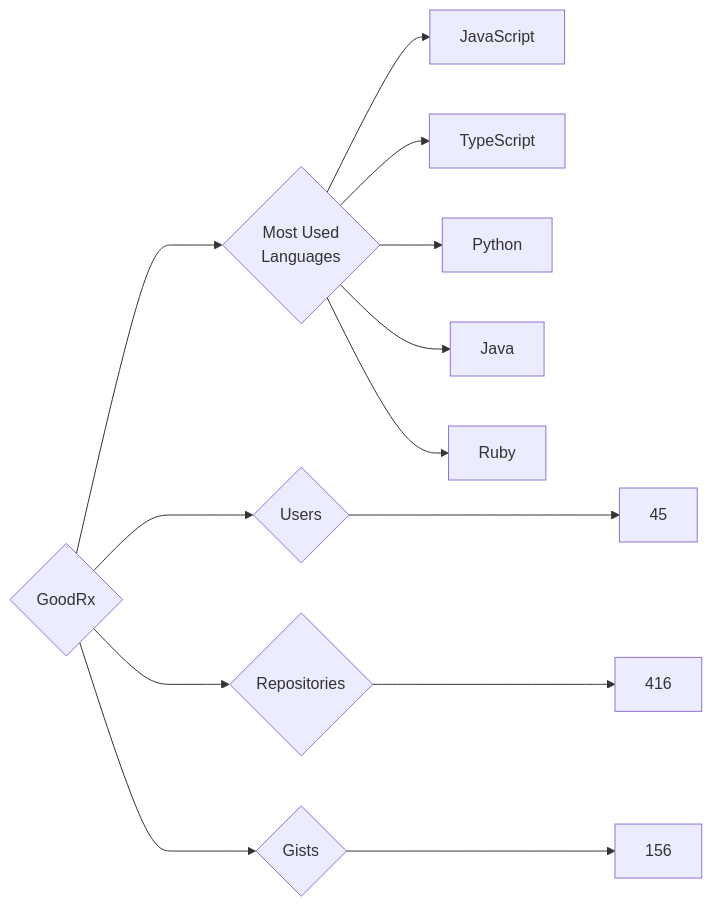
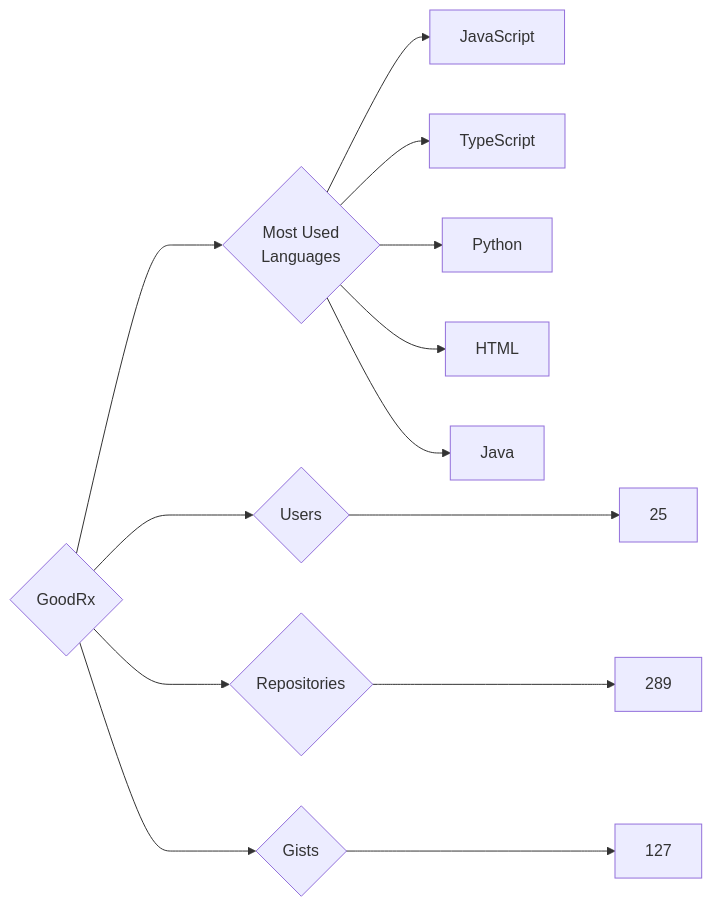
One commit to trickest/insiders changed the diagram in targets/GoodRx/README.md. Above: the diagram before and after it, drawn with Mermaid. The commit also changed 782 other files, not shown here.

````diff
--- a/targets/GoodRx/README.md
+++ b/targets/GoodRx/README.md
@@ -3,13 +3,13 @@
 ```mermaid
 graph LR
 COMPANY_NAME{GoodRx}
-COMPANY_NAME ---> U{Users} ---> UN[45]
-COMPANY_NAME ---> R{Repositories} ---> RN[416]
-COMPANY_NAME ---> G{Gists} ---> GN[156]
+COMPANY_NAME ---> U{Users} ---> UN[25]
+COMPANY_NAME ---> R{Repositories} ---> RN[289]
+COMPANY_NAME ---> G{Gists} ---> GN[127]
 COMPANY_NAME ---> ML{Most Used<br>Languages}
 ML --> JavaScript[JavaScript]
 ML --> TypeScript[TypeScript]
 ML --> Python[Python]
+ML --> HTML[HTML]
 ML --> Java[Java]
-ML --> Ruby[Ruby]
 ```
````
